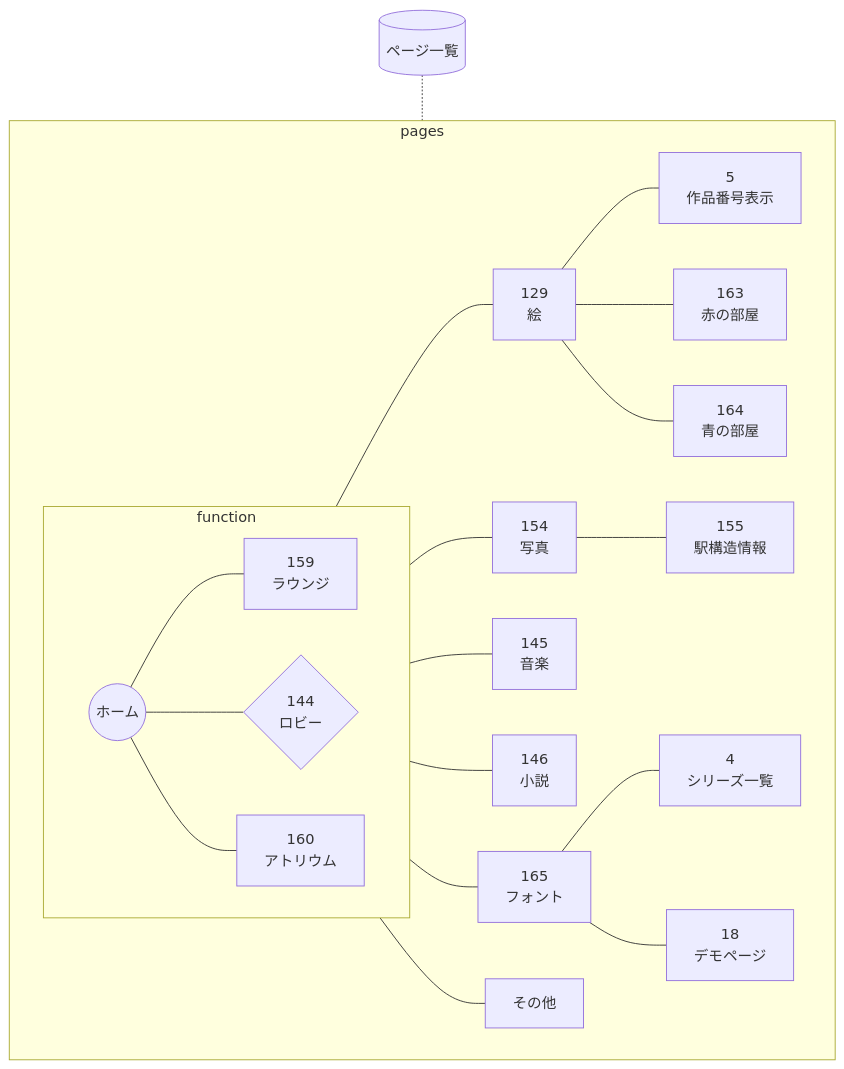
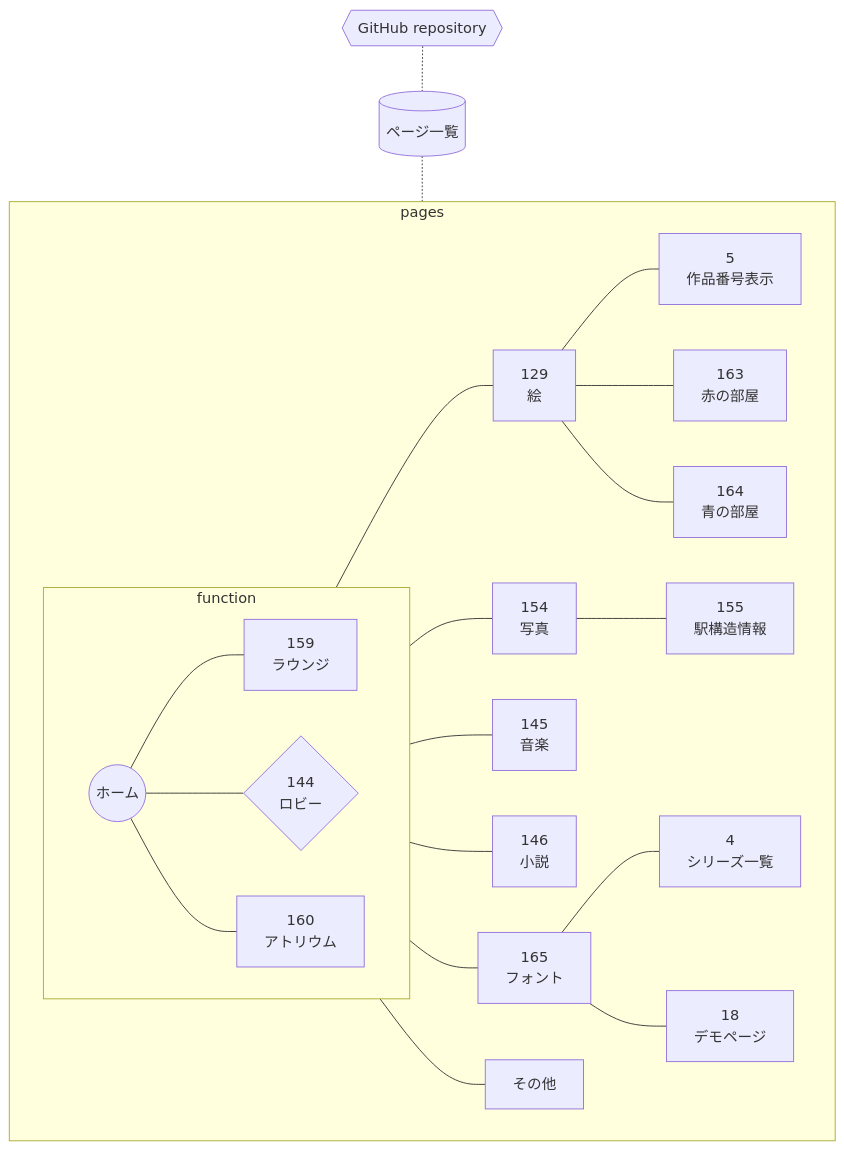
Before and after one commit to Mikanixonable/Mikanixonable.github.io: the diagram in index.md, drawn with Mermaid. The commit also changed other lines of this file and 1 other file, not shown here.

```diff
--- a/index.md
+++ b/index.md
@@ -28,62 +28,67 @@
 ~~~mermaid
 graph TD;
   D[(ページ一覧)]
   click D "1"
   D .- pages
+
+  G{{GitHub repository}}
+  click G "https://github.com/Mikanixonable/Mikanixonable.github.io"
+
+  G .- D
 
   subgraph pages;
   direction LR
     subgraph function;
     direction LR
     I((ホーム))
     L{144\nロビー}
     click L "144"
     R[159\nラウンジ]
     click R "159"
     A[160\nアトリウム]
     click A "160"
   end
 
     E[129\n絵]
     click E "129"
     S[154\n写真]
     click S "154"
     M[145\n音楽]
     click M "145"
     N[146\n小説]
     click N "146"
 
     E --- E1
       E1[5\n作品番号表示]
       click E1 "5"
     E ---E163
       E163[163\n赤の部屋]
       click E163 "163"
     E ---E164
       E164[164\n青の部屋]
       click E164 "164"
     
     S --- S1
     S1[155\n駅構造情報]
     click S1 "155"
 
 
     I---R
     I---L
     I---A
 
     L---E
     L---S
     L---M
     L---N
     L---F
     F[165\nフォント]
     click F "165"
     F---F1[4\nシリーズ一覧]
     click F1 "4"
     F---F2[18\nデモページ]
     click F2 "18"
 
     L---その他
   end
 ~~~
```
